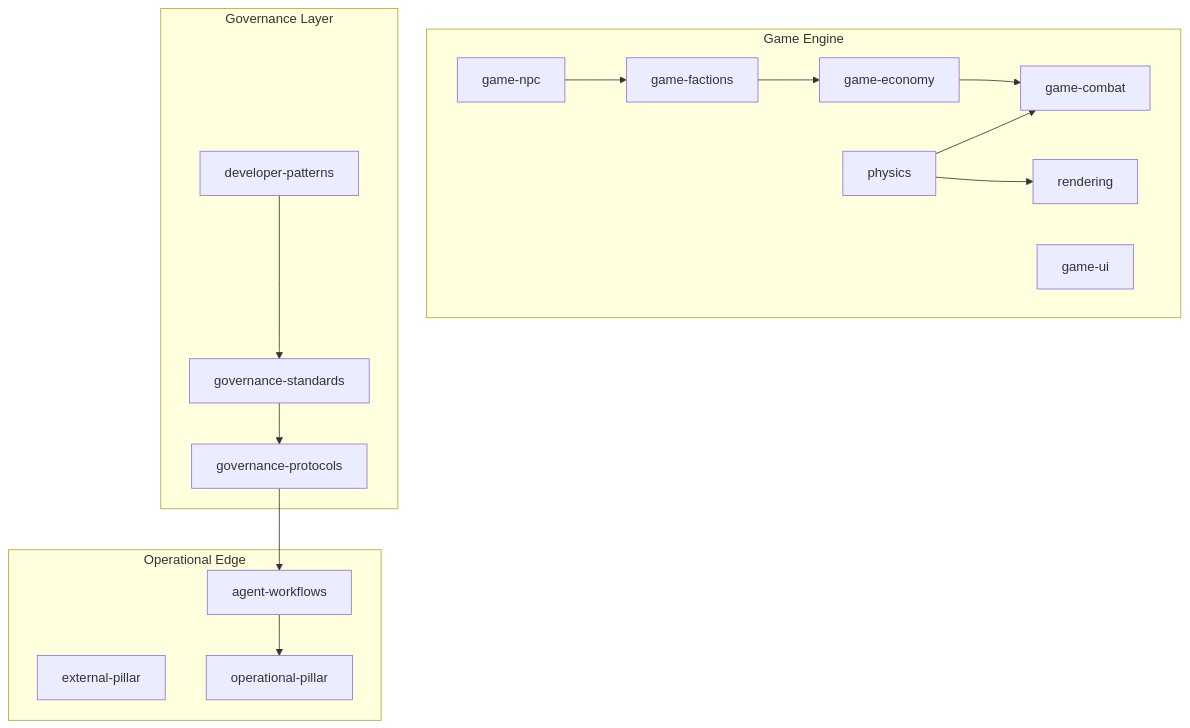
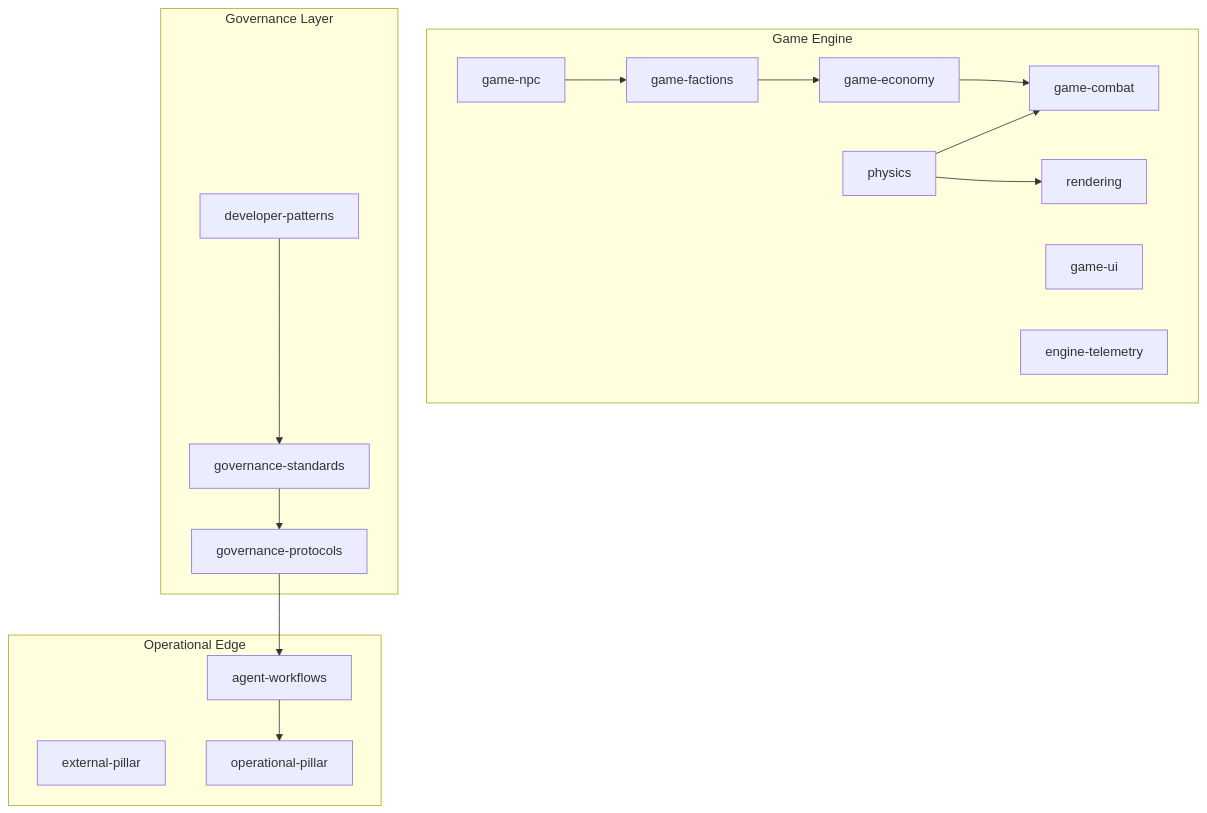
One commit to Gizmo4Life/space-game changed the diagram in docs/architecture/module/readme.md. Above: the diagram before and after it, drawn with Mermaid. The commit also changed other lines of this file and 26 other files, not shown here.

````diff
--- a/docs/architecture/module/readme.md
+++ b/docs/architecture/module/readme.md
@@ -12,32 +12,33 @@
 ```mermaid
 graph TD
     subgraph Game Engine
         Phys[physics]
         Rend[rendering]
         Comb[game-combat]
         Econ[game-economy]
         Fac[game-factions]
         NPC[game-npc]
         UI[game-ui]
+        Tel[engine-telemetry]
     end
     subgraph Governance Layer
         Prot[governance-protocols]
         Stan[governance-standards]
         Pat[developer-patterns]
     end
     subgraph Operational Edge
         Work[agent-workflows]
         Ext[external-pillar]
         Ops[operational-pillar]
     end
 
     Phys --> Comb
     Phys --> Rend
     Econ --> Comb
     Fac --> Econ
     NPC --> Fac
     Pat --> Stan
     Stan --> Prot
     Prot --> Work
     Work --> Ops
 ```
````
